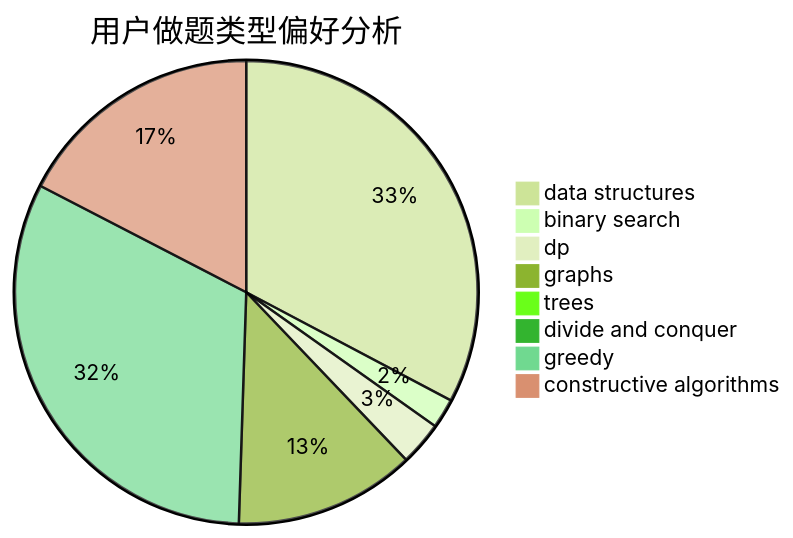
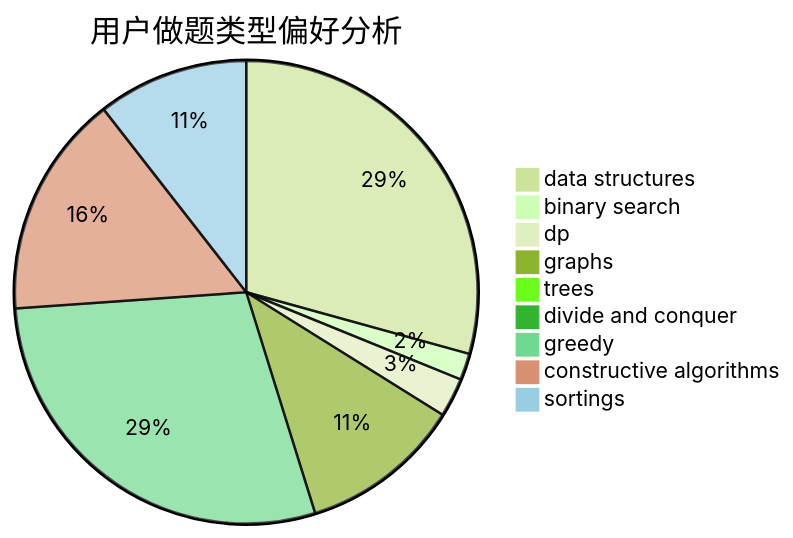
Before and after one commit to sherpahu/cfrs.github.io: the second of 3 diagrams in docs/user/u921.md, drawn with Mermaid (forest theme). The commit also changed other lines of this file and 2769 other files, not shown here.

````diff
--- a/docs/user/u921.md
+++ b/docs/user/u921.md
@@ -23,11 +18,12 @@
 ```mermaid
 pie title 用户做题类型偏好分析
     "data structures" :  995
     "binary search" :  63
     "dp" :  93
     "graphs" :  384
     "trees" :  9
     "divide and conquer" :  0
     "greedy" :  975
     "constructive algorithms" :  529
+    "sortings" :  358
 ```
````
